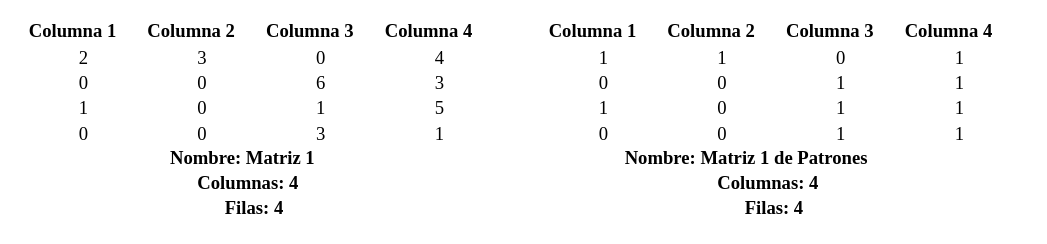
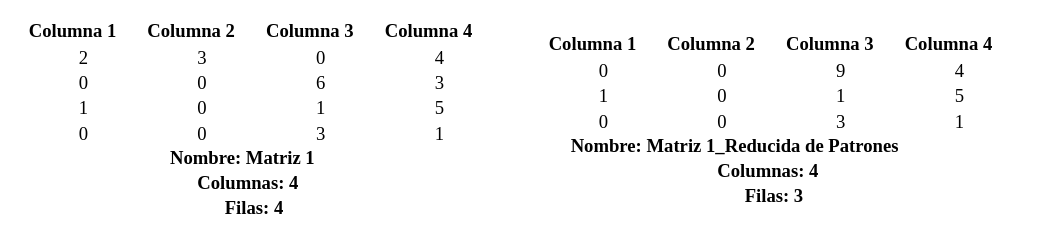
The diagram in matriz.dot (Byron-Galher/Proyecto1_IPC2N), drawn with Graphviz before and after one commit. The commit also changed 9 other files, not shown here.

Commit message:
Matriz reducida

```diff
--- a/matriz.dot
+++ b/matriz.dot
@@ -1,89 +1,83 @@
 digraph G {
     node [shape=plaintext];
     tabla_matriz [label=<
         <table border="0" cellborder="0" cellspacing="0">
             <tr>
                 <td><b>Columna 1</b></td>
                 <td><b>Columna 2</b></td>
                 <td><b>Columna 3</b></td>
                 <td><b>Columna 4</b></td>
             </tr>
 <tr>
                 <td>2</td>
                 <td>3</td>
                 <td>0</td>
                 <td>4</td>
             </tr>
 <tr>
                 <td>0</td>
                 <td>0</td>
                 <td>6</td>
                 <td>3</td>
             </tr>
 <tr>
                 <td>1</td>
                 <td>0</td>
                 <td>1</td>
                 <td>5</td>
             </tr>
 <tr>
                 <td>0</td>
                 <td>0</td>
                 <td>3</td>
                 <td>1</td>
             </tr>
             <tr>
                 <td colspan="4"><b>Nombre: Matriz 1</b></td>
             </tr>
             <tr>
                 <td colspan="4"><b>Columnas: 4</b></td>
             </tr>
             <tr>
                 <td colspan="4"><b>Filas: 4</b></td>
             </tr>
         </table>
     >];
     tabla_patron [label=<
         <table border="0" cellborder="0" cellspacing="0">
             <tr>
                 <td><b>Columna 1</b></td>
                 <td><b>Columna 2</b></td>
                 <td><b>Columna 3</b></td>
                 <td><b>Columna 4</b></td>
             </tr>
 <tr>
-                <td>1</td>
-                <td>1</td>
-                <td>0</td>
-                <td>1</td>
-            </tr>
-<tr>
                 <td>0</td>
                 <td>0</td>
-                <td>1</td>
-                <td>1</td>
+                <td>9</td>
+                <td>4</td>
             </tr>
 <tr>
                 <td>1</td>
                 <td>0</td>
                 <td>1</td>
-                <td>1</td>
+                <td>5</td>
             </tr>
 <tr>
                 <td>0</td>
                 <td>0</td>
-                <td>1</td>
+                <td>3</td>
                 <td>1</td>
             </tr>
             <tr>
-                <td colspan="4"><b>Nombre: Matriz 1 de Patrones</b></td>
+                <td colspan="4"><b>Nombre: Matriz 1_Reducida de Patrones</b></td>
             </tr>
             <tr>
                 <td colspan="4"><b>Columnas: 4</b></td>
             </tr>
             <tr>
-                <td colspan="4"><b>Filas: 4</b></td>
+                <td colspan="4"><b>Filas: 3</b></td>
             </tr>
         </table>
     >];
 }
```
